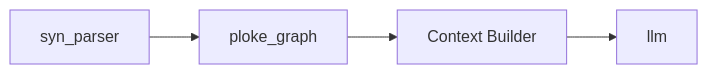
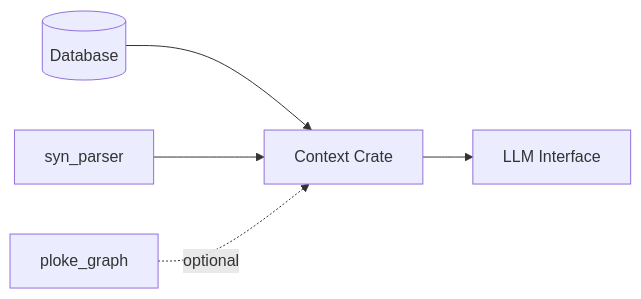
One commit to josephleblanc/ploke changed the diagram in docs/plans/CONTEXT_BUILDER_IMPLEMENTATION.md. Above: the diagram before and after it, drawn with Mermaid. The commit also changed other lines of this file, not shown here.

Commit message:
aider: docs: Update context builder plan to match PROPOSED_ARCH_V3.md

````diff
--- a/docs/plans/CONTEXT_BUILDER_IMPLEMENTATION.md
+++ b/docs/plans/CONTEXT_BUILDER_IMPLEMENTATION.md
@@ -97,6 +99,7 @@
   ```mermaid
   flowchart LR
-    syn_parser-->ploke_graph
-    ploke_graph-->context[Context Builder]
-    context-->llm
+    db[(Database)] --> context[Context Crate]
+    syn_parser --> context
+    context --> llm[LLM Interface]
+    ploke_graph -. optional .-> context
   ```
````
